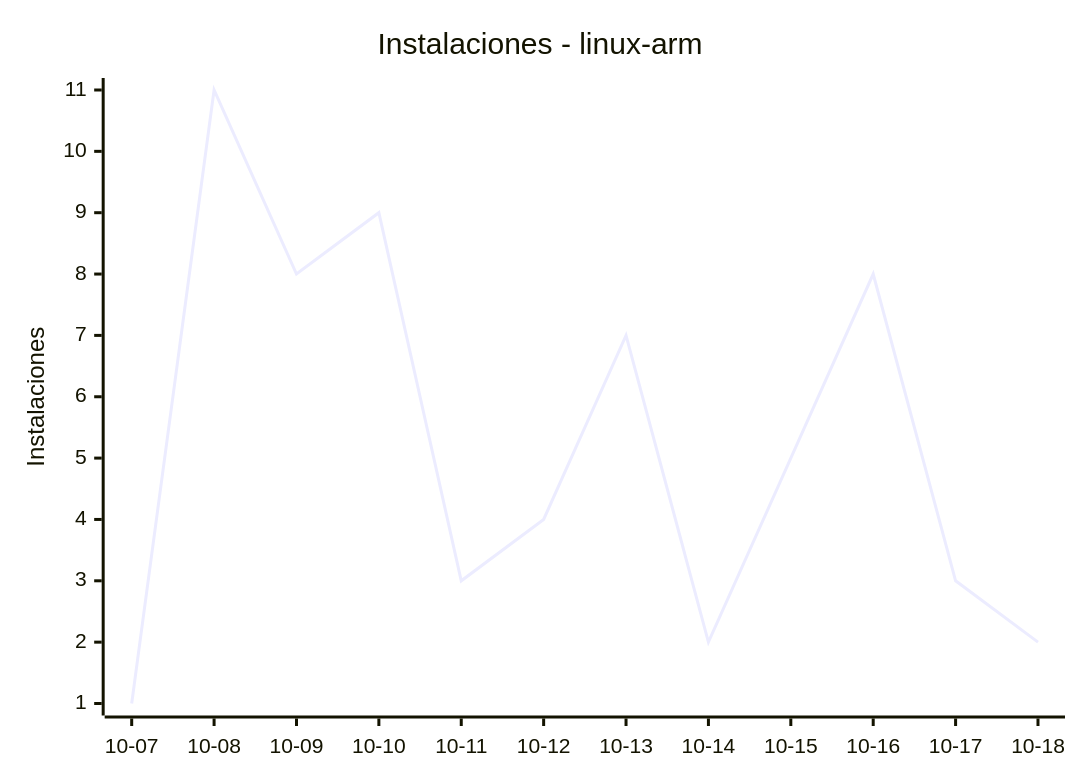
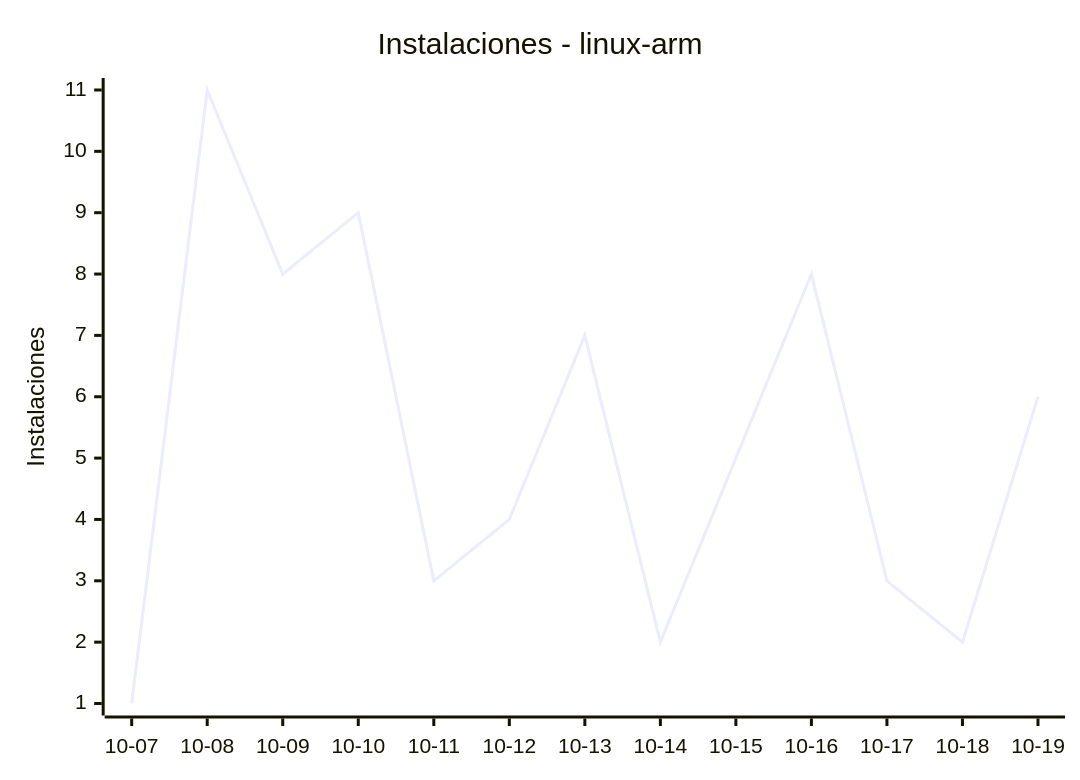
Before and after one commit to EmuDeck/stats: the fifth of 8 diagrams in README.md, drawn with Mermaid. The commit also changed other lines of this file and 2 other files, not shown here.

````diff
--- a/README.md
+++ b/README.md
@@ -60,7 +60,7 @@
 ```mermaid
 xychart-beta
     title "Instalaciones - linux-arm"
-    x-axis ["10-07", "10-08", "10-09", "10-10", "10-11", "10-12", "10-13", "10-14", "10-15", "10-16", "10-17", "10-18"]
+    x-axis ["10-07", "10-08", "10-09", "10-10", "10-11", "10-12", "10-13", "10-14", "10-15", "10-16", "10-17", "10-18", "10-19"]
     y-axis "Instalaciones"
-    line [1, 11, 8, 9, 3, 4, 7, 2, 5, 8, 3, 2]
+    line [1, 11, 8, 9, 3, 4, 7, 2, 5, 8, 3, 2, 6]
 ```
````
